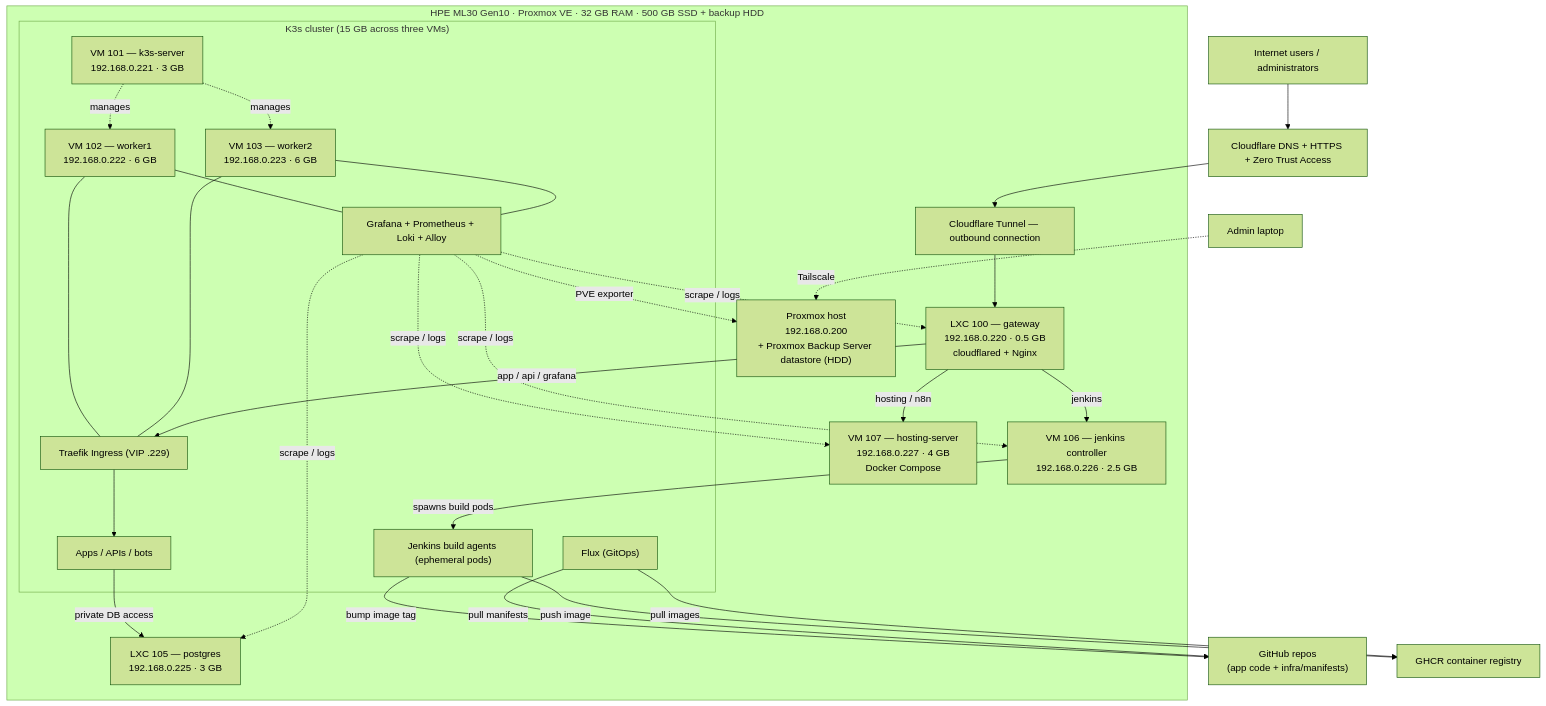
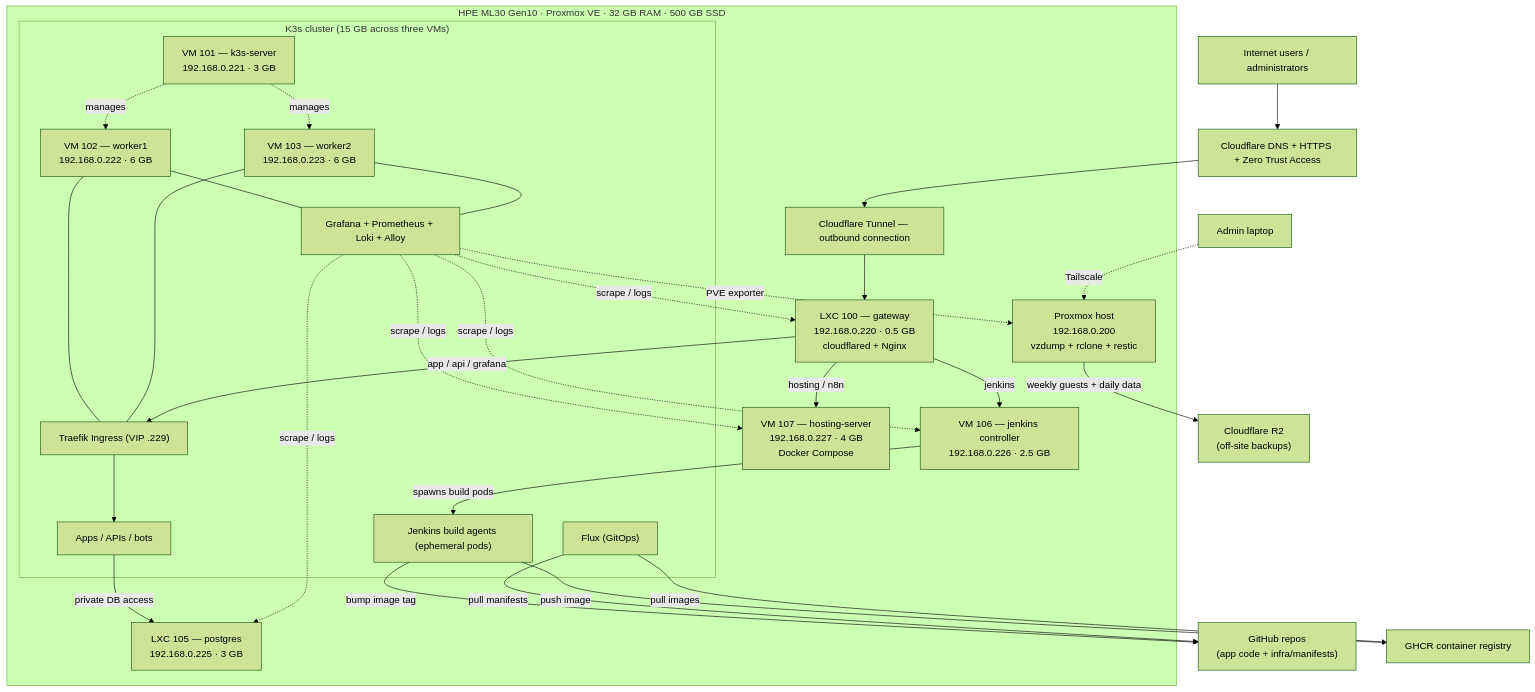
The diagram in README.md (ToekSopanha/HomelabDoc), drawn with Mermaid (forest theme) before and after one commit. The commit also changed other lines of this file and 27 other files, not shown here.

````diff
--- a/README.md
+++ b/README.md
@@ -124,52 +141,54 @@
 ```mermaid
 flowchart TB
     users["Internet users / administrators"] --> cf["Cloudflare DNS + HTTPS + Zero Trust Access"]
     cf --> tunnel["Cloudflare Tunnel — outbound connection"]
     admin["Admin laptop"] -. "Tailscale" .-> pve
 
-    subgraph host["HPE ML30 Gen10 · Proxmox VE · 32 GB RAM · 500 GB SSD + backup HDD"]
-        pve["Proxmox host\n192.168.0.200\n+ Proxmox Backup Server datastore (HDD)"]
+    subgraph host["HPE ML30 Gen10 · Proxmox VE · 32 GB RAM · 500 GB SSD"]
+        pve["Proxmox host\n192.168.0.200\nvzdump + rclone + restic"]
         gateway["LXC 100 — gateway\n192.168.0.220 · 0.5 GB\ncloudflared + Nginx"]
         tunnel --> gateway
 
         subgraph cluster["K3s cluster (15 GB across three VMs)"]
             master["VM 101 — k3s-server\n192.168.0.221 · 3 GB"]
             w1["VM 102 — worker1\n192.168.0.222 · 6 GB"]
             w2["VM 103 — worker2\n192.168.0.223 · 6 GB"]
             traefik["Traefik Ingress (VIP .229)"]
             apps["Apps / APIs / bots"]
             mon["Grafana + Prometheus + Loki + Alloy"]
             flux["Flux (GitOps)"]
             agents["Jenkins build agents (ephemeral pods)"]
             master -. manages .-> w1
             master -. manages .-> w2
             w1 --- traefik
             w2 --- traefik
             traefik --> apps
             w1 --- mon
             w2 --- mon
         end
 
         db["LXC 105 — postgres\n192.168.0.225 · 3 GB"]
         jenkins["VM 106 — jenkins controller\n192.168.0.226 · 2.5 GB"]
         hosting["VM 107 — hosting-server\n192.168.0.227 · 4 GB\nDocker Compose"]
 
         gateway -->|"app / api / grafana"| traefik
         gateway -->|"jenkins"| jenkins
         gateway -->|"hosting / n8n"| hosting
         apps -->|"private DB access"| db
         jenkins -->|"spawns build pods"| agents
         mon -. "scrape / logs" .-> db
         mon -. "scrape / logs" .-> jenkins
         mon -. "scrape / logs" .-> gateway
         mon -. "scrape / logs" .-> hosting
         mon -. "PVE exporter" .-> pve
     end
 
     git["GitHub repos\n(app code + infra/manifests)"]
     ghcr["GHCR container registry"]
     agents -->|"push image"| ghcr
     agents -->|"bump image tag"| git
     flux -->|"pull manifests"| git
     flux -->|"pull images"| ghcr
+    r2["Cloudflare R2\n(off-site backups)"]
+    pve -->|"weekly guests + daily data"| r2
 ```
````
